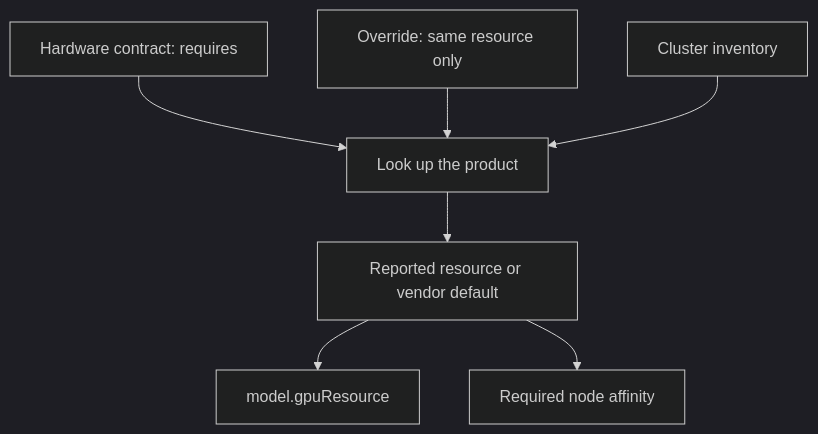
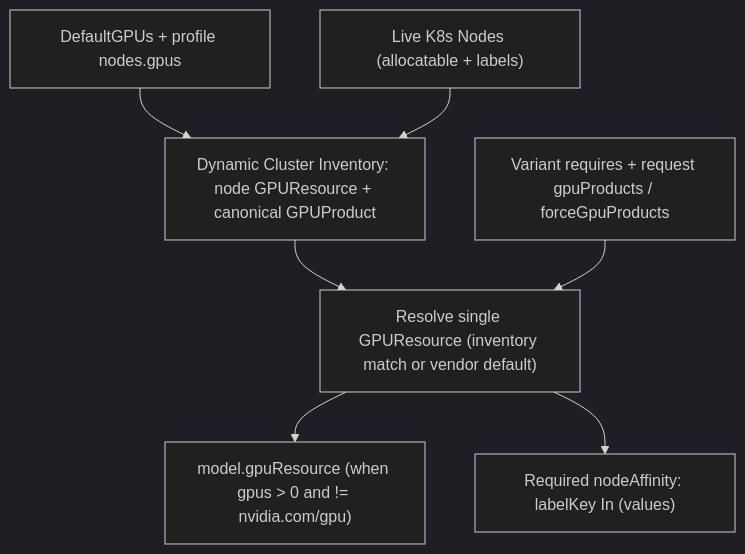
One commit to modelsphere/swiss changed the second of 2 diagrams in docs/architecture.md. Above: the diagram before and after it, drawn with Mermaid (dark theme). The commit also changed other lines of this file, not shown here.

Commit message:
docs: drafting GPU placement redesign

````diff
--- a/docs/architecture.md
+++ b/docs/architecture.md
@@ -63,16 +103,17 @@
 ```mermaid
 flowchart TD
-  hw["Hardware contract: requires"]
-  over["Override: same resource only"]
-  inv["Cluster inventory"]
-  look["Look up the product"]
-  found["Reported resource or vendor default"]
-  res["model.gpuResource"]
-  pin["Required node affinity"]
-  hw --> look
-  over --> look
-  inv --> look
-  look --> found
-  found --> res
-  found --> pin
+  def["DefaultGPUs + profile nodes.gpus"]
+  k8s["Live K8s Nodes (allocatable + labels)"]
+  inv["Dynamic Cluster Inventory: node GPUResource + canonical GPUProduct"]
+  req["Variant requires + request gpuProducts / forceGpuProducts"]
+  res["Resolve single GPUResource (inventory match or vendor default)"]
+  gpuRes["model.gpuResource (when gpus > 0 and != nvidia.com/gpu)"]
+  aff["Required nodeAffinity: labelKey In (values)"]
+
+  def --> inv
+  k8s --> inv
+  inv --> res
+  req --> res
+  res --> gpuRes
+  res --> aff
 ```
````
